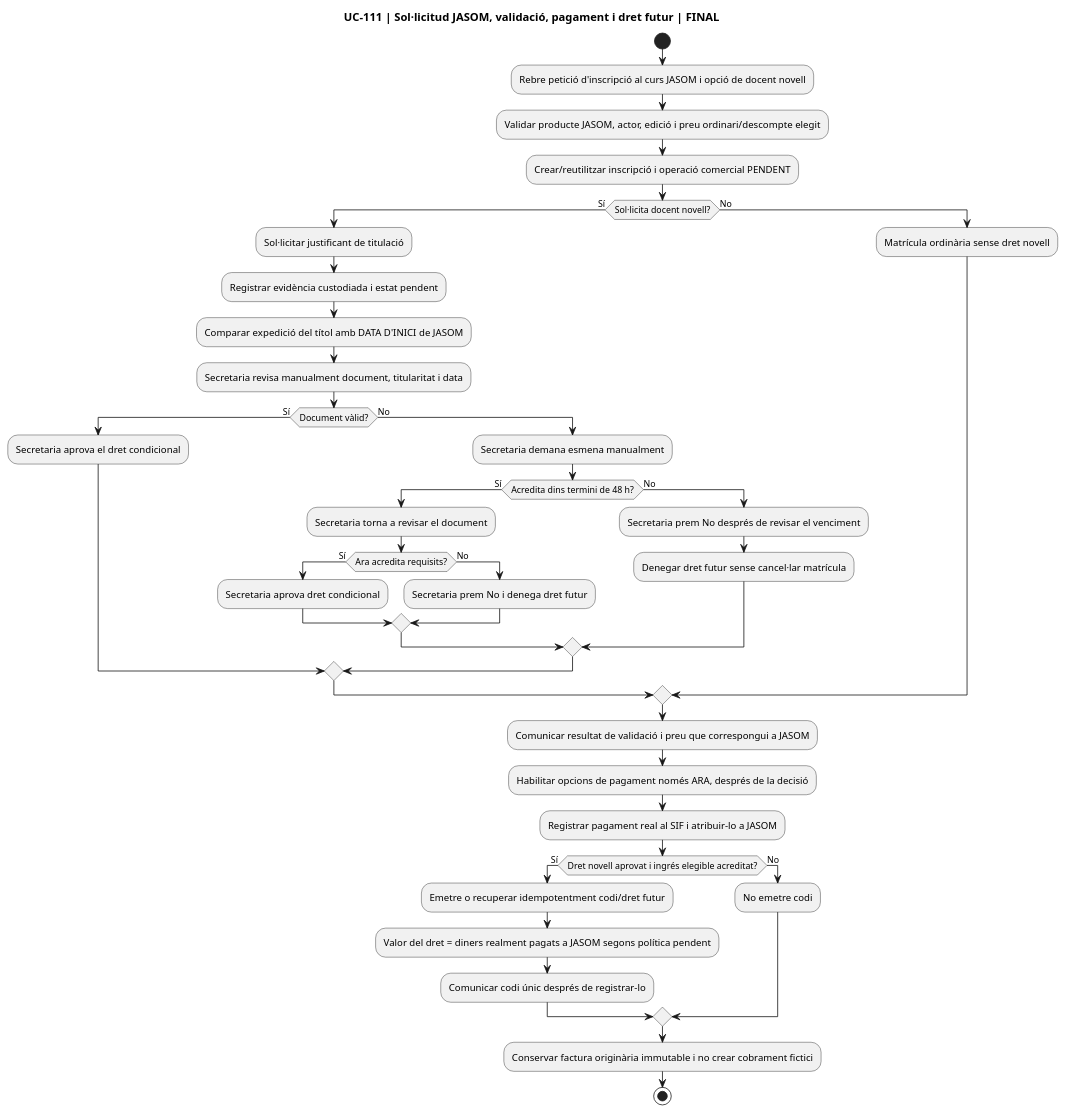
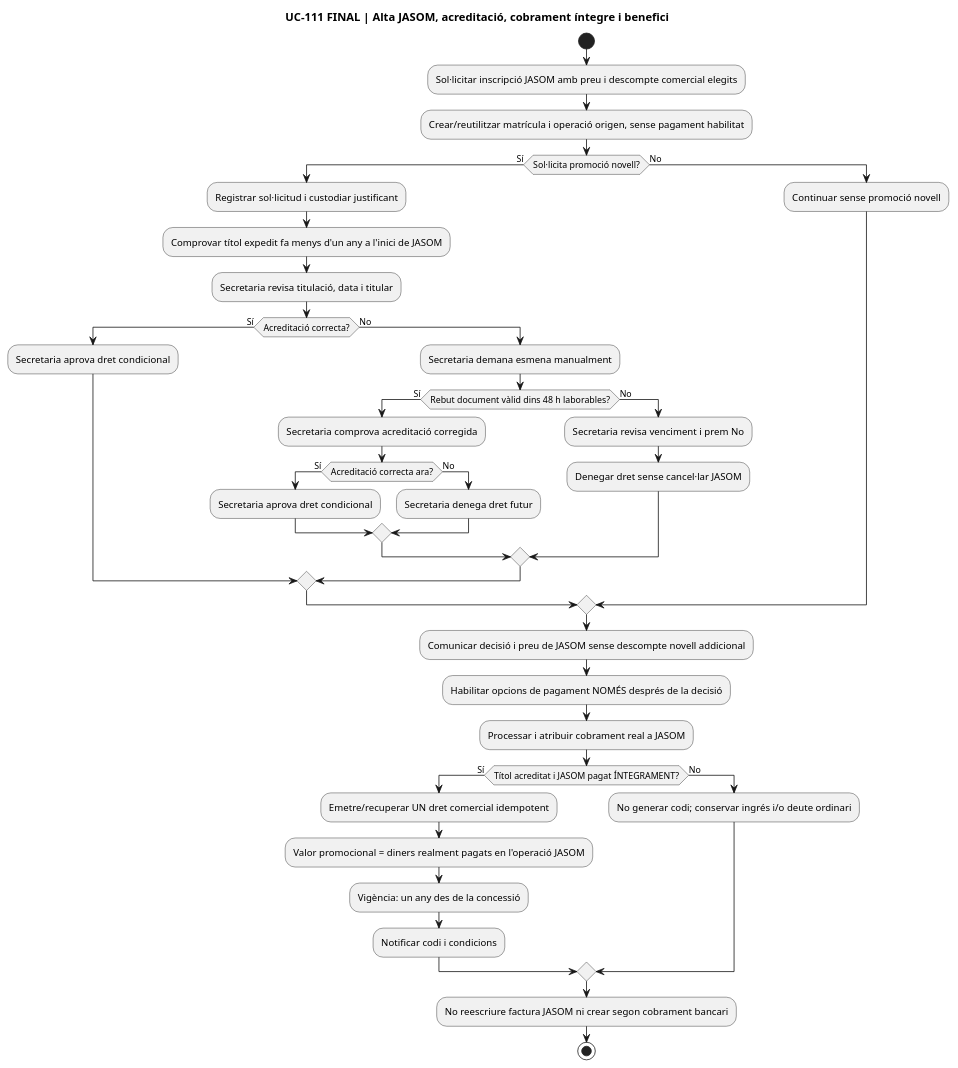
The fifth of 9 diagrams in documentacio/07-uml-integrat/uc-111-docent-novell-dret-futur.md (orgmeriemprismacat-del/verifactu), drawn with PlantUML before and after one commit. The commit also changed other lines of this file, not shown here.

Commit message:
docs(UC-111): add verified business partial-code flow and proposed promotional-balance lifecycle

````diff
--- a/documentacio/07-uml-integrat/uc-111-docent-novell-dret-futur.md
+++ b/documentacio/07-uml-integrat/uc-111-docent-novell-dret-futur.md
@@ -184,45 +184,44 @@
 ```plantuml
 @startuml
-title UC-111 | Sol·licitud JASOM, validació, pagament i dret futur | FINAL
+title UC-111 FINAL | Alta JASOM, acreditació, cobrament íntegre i benefici
 start
-:Rebre petició d'inscripció al curs JASOM i opció de docent novell;
-:Validar producte JASOM, actor, edició i preu ordinari/descompte elegit;
-:Crear/reutilitzar inscripció i operació comercial PENDENT;
-if (Sol·licita docent novell?) then (Sí)
- :Sol·licitar justificant de titulació;
- :Registrar evidència custodiada i estat pendent;
- :Comparar expedició del títol amb DATA D'INICI de JASOM;
- :Secretaria revisa manualment document, titularitat i data;
- if (Document vàlid?) then (Sí)
-  :Secretaria aprova el dret condicional;
+:Sol·licitar inscripció JASOM amb preu i descompte comercial elegits;
+:Crear/reutilitzar matrícula i operació origen, sense pagament habilitat;
+if (Sol·licita promoció novell?) then (Sí)
+ :Registrar sol·licitud i custodiar justificant;
+ :Comprovar títol expedit fa menys d'un any a l'inici de JASOM;
+ :Secretaria revisa titulació, data i titular;
+ if (Acreditació correcta?) then (Sí)
+  :Secretaria aprova dret condicional;
  else (No)
   :Secretaria demana esmena manualment;
-  if (Acredita dins termini de 48 h?) then (Sí)
-   :Secretaria torna a revisar el document;
-   if (Ara acredita requisits?) then (Sí)
+  if (Rebut document vàlid dins 48 h laborables?) then (Sí)
+   :Secretaria comprova acreditació corregida;
+   if (Acreditació correcta ara?) then (Sí)
     :Secretaria aprova dret condicional;
    else (No)
-    :Secretaria prem No i denega dret futur;
+    :Secretaria denega dret futur;
    endif
   else (No)
-   :Secretaria prem No després de revisar el venciment;
-   :Denegar dret futur sense cancel·lar matrícula;
+   :Secretaria revisa venciment i prem No;
+   :Denegar dret sense cancel·lar JASOM;
   endif
  endif
 else (No)
- :Matrícula ordinària sense dret novell;
+ :Continuar sense promoció novell;
 endif
-:Comunicar resultat de validació i preu que correspongui a JASOM;
-:Habilitar opcions de pagament només ARA, després de la decisió;
-:Registrar pagament real al SIF i atribuir-lo a JASOM;
-if (Dret novell aprovat i ingrés elegible acreditat?) then (Sí)
- :Emetre o recuperar idempotentment codi/dret futur;
- :Valor del dret = diners realment pagats a JASOM segons política pendent;
- :Comunicar codi únic després de registrar-lo;
+:Comunicar decisió i preu de JASOM sense descompte novell addicional;
+:Habilitar opcions de pagament NOMÉS després de la decisió;
+:Processar i atribuir cobrament real a JASOM;
+if (Títol acreditat i JASOM pagat ÍNTEGRAMENT?) then (Sí)
+ :Emetre/recuperar UN dret comercial idempotent;
+ :Valor promocional = diners realment pagats en l'operació JASOM;
+ :Vigència: un any des de la concessió;
+ :Notificar codi i condicions;
 else (No)
- :No emetre codi;
+ :No generar codi; conservar ingrés i/o deute ordinari;
 endif
-:Conservar factura originària immutable i no crear cobrament fictici;
+:No reescriure factura JASOM ni crear segon cobrament bancari;
 stop
 @enduml
 ```
````
